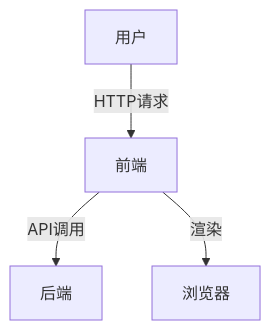
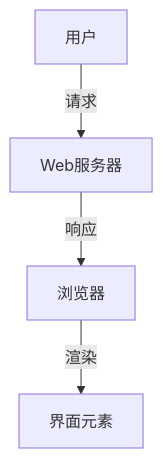
One commit to AdaMartin18010/uiueux changed the diagram in uiueux/Refactor/1.终端类型/1.1 Web端.md. Above: the diagram before and after it, drawn with Mermaid. The commit also changed other lines of this file and 28 other files, not shown here.

````diff
--- a/uiueux/Refactor/1.终端类型/1.1 Web端.md
+++ b/uiueux/Refactor/1.终端类型/1.1 Web端.md
@@ -46,6 +99,6 @@
 ```mermaid
-graph TD;
-  用户-->|HTTP请求|前端;
-  前端-->|API调用|后端;
-  前端-->|渲染|浏览器;
+flowchart TD
+  用户-->|请求|Web服务器
+  Web服务器-->|响应|浏览器
+  浏览器-->|渲染|界面元素
 ```
````
